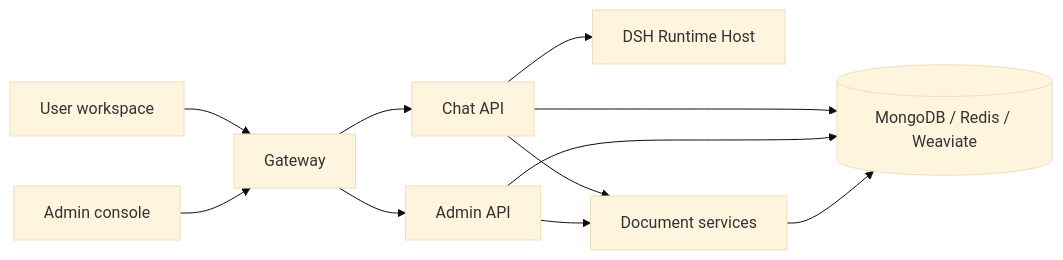
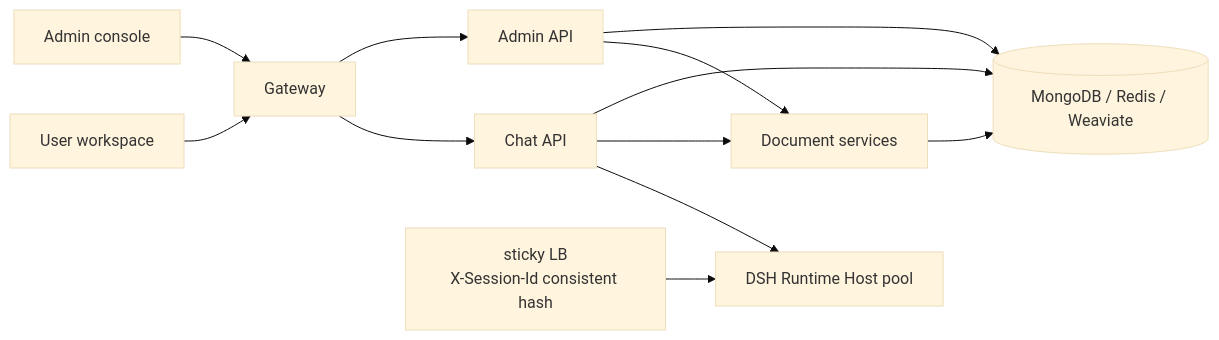
Before and after one commit to cooper2006/mogo: the diagram in README.md, drawn with Mermaid (base theme). The commit also changed other lines of this file and 2 other files, not shown here.

````diff
--- a/README.md
+++ b/README.md
@@ -153,13 +205,14 @@
 ```mermaid
 flowchart LR
     U[User workspace] --> G[Gateway]
     A[Admin console] --> G
     G --> C[Chat API]
     G --> M[Admin API]
-    C --> D[DSH Runtime Host]
+    C --> D[DSH Runtime Host pool]
     C --> P[Document services]
     M --> P
     C --> S[(MongoDB / Redis / Weaviate)]
     M --> S
     P --> S
+    LB[sticky LB<br/>X-Session-Id consistent hash] --> D
 ```
````
